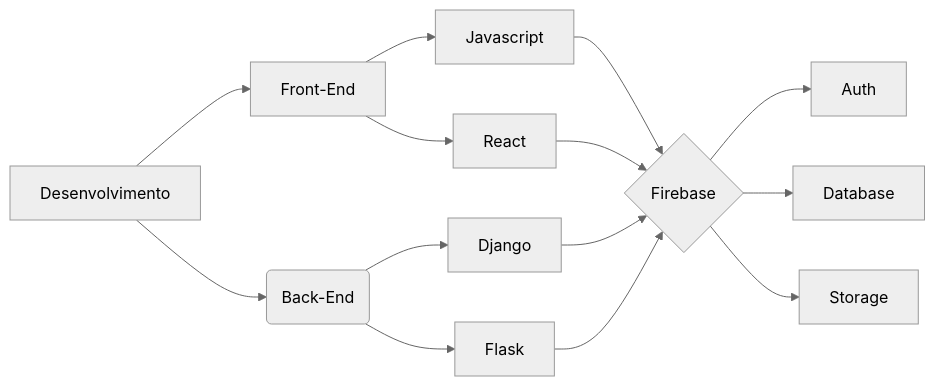
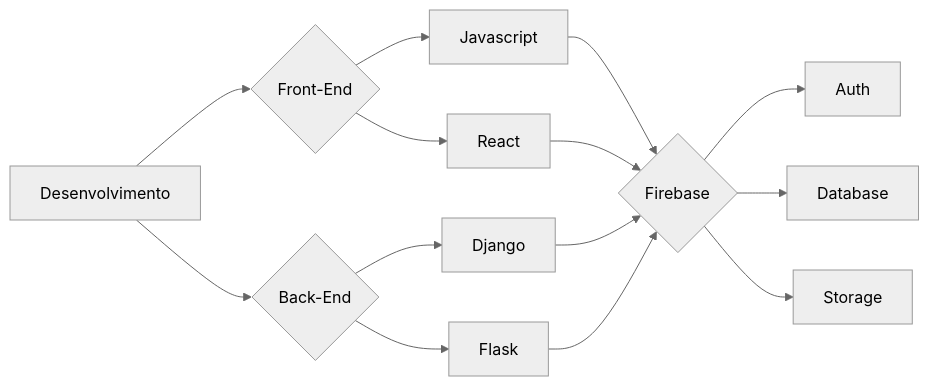
Before and after one commit to SauloCandeira/SauloCandeira: the first of 2 diagrams in README.md, drawn with Mermaid (neutral theme).

````diff
--- a/README.md
+++ b/README.md
@@ -60,17 +60,17 @@
 ```mermaid
 flowchart LR
 
 Z[Desenvolvimento] --> A[Front-End]
 Z  --> B
 
-A[Front-End] --> I[Javascript] --> C{Firebase}
-A[Front-End] --> J[React] --> C{Firebase}
+A{Front-End} --> I[Javascript] --> C{Firebase}
+A{Front-End} --> J[React] --> C{Firebase}
 
-B(Back-End) --> G[Django] --> C{Firebase}
-B(Back-End) --> H[Flask] --> C{Firebase}
+B{Back-End} --> G[Django] --> C{Firebase}
+B{Back-End} --> H[Flask] --> C{Firebase}
 
 
 C --> D[Auth]
 C --> E[Database]
 C --> F[Storage]
 ```
````
